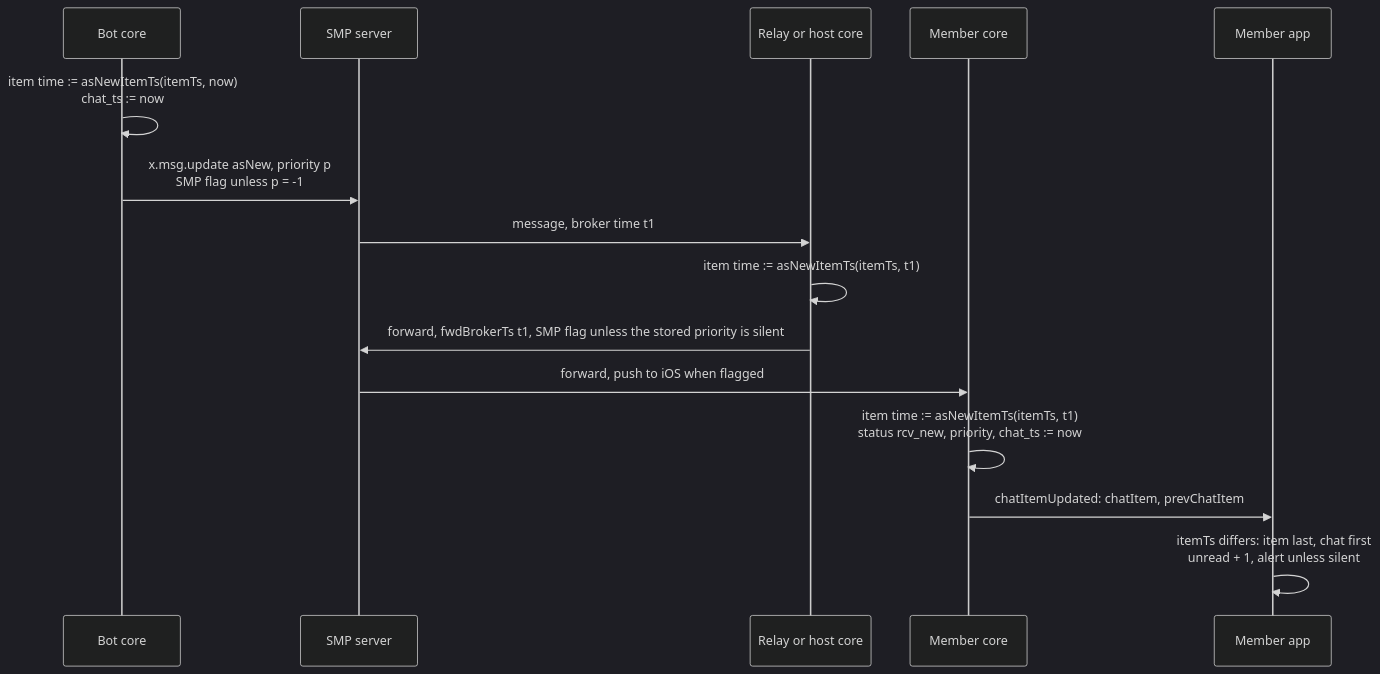
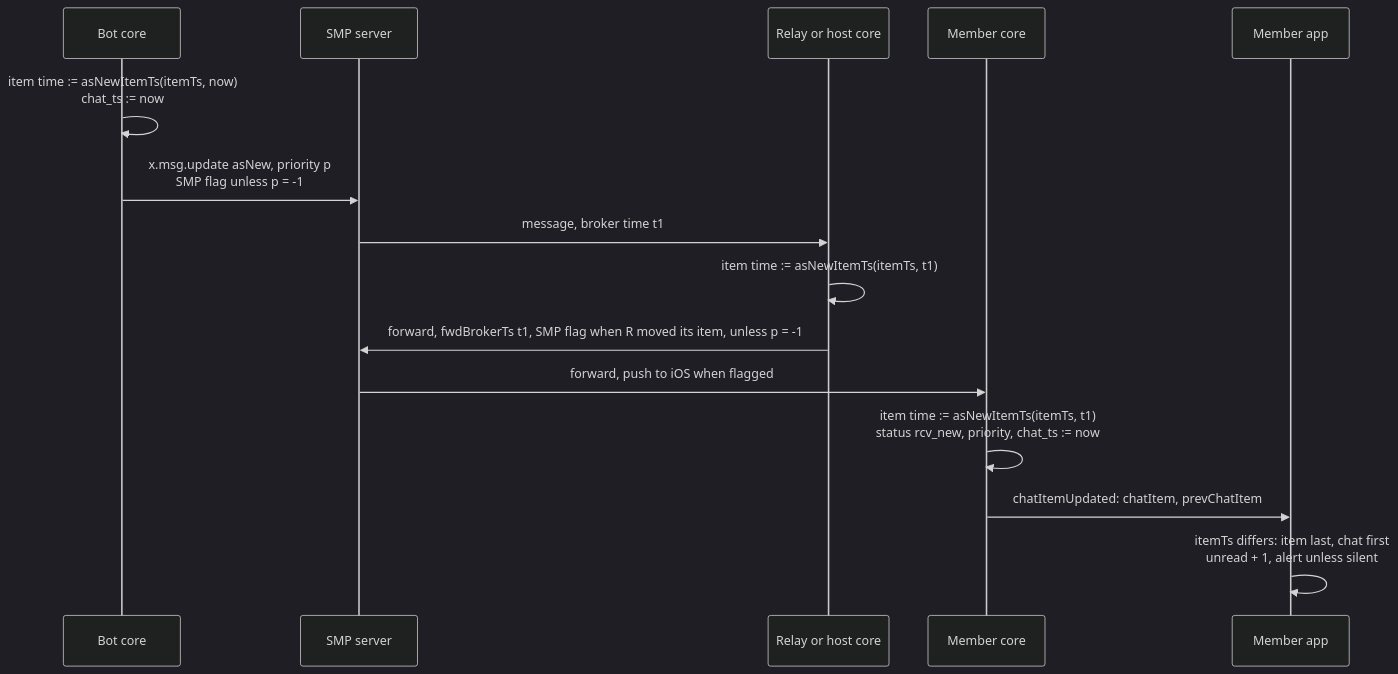
One commit to simplex-chat/simplex-chat changed the third of 6 diagrams in plans/2026-11-21-update-as-new.md. Above: the diagram before and after it, drawn with Mermaid (dark theme). The commit also changed other lines of this file, not shown here.

Commit message:
plans: push flag of updates as new and edits of message priority

````diff
--- a/plans/2026-11-21-update-as-new.md
+++ b/plans/2026-11-21-update-as-new.md
@@ -152,17 +162,17 @@
 ```mermaid
 sequenceDiagram
   participant B as Bot core
   participant S as SMP server
   participant R as Relay or host core
   participant C as Member core
   participant A as Member app
   B->>B: item time := asNewItemTs(itemTs, now)<br>chat_ts := now
   B->>S: x.msg.update asNew, priority p<br>SMP flag unless p = -1
   S->>R: message, broker time t1
   R->>R: item time := asNewItemTs(itemTs, t1)
-  R->>S: forward, fwdBrokerTs t1, SMP flag unless the stored priority is silent
+  R->>S: forward, fwdBrokerTs t1, SMP flag when R moved its item, unless p = -1
   S->>C: forward, push to iOS when flagged
   C->>C: item time := asNewItemTs(itemTs, t1)<br>status rcv_new, priority, chat_ts := now
   C->>A: chatItemUpdated: chatItem, prevChatItem
   A->>A: itemTs differs: item last, chat first<br>unread + 1, alert unless silent
 ```
````
